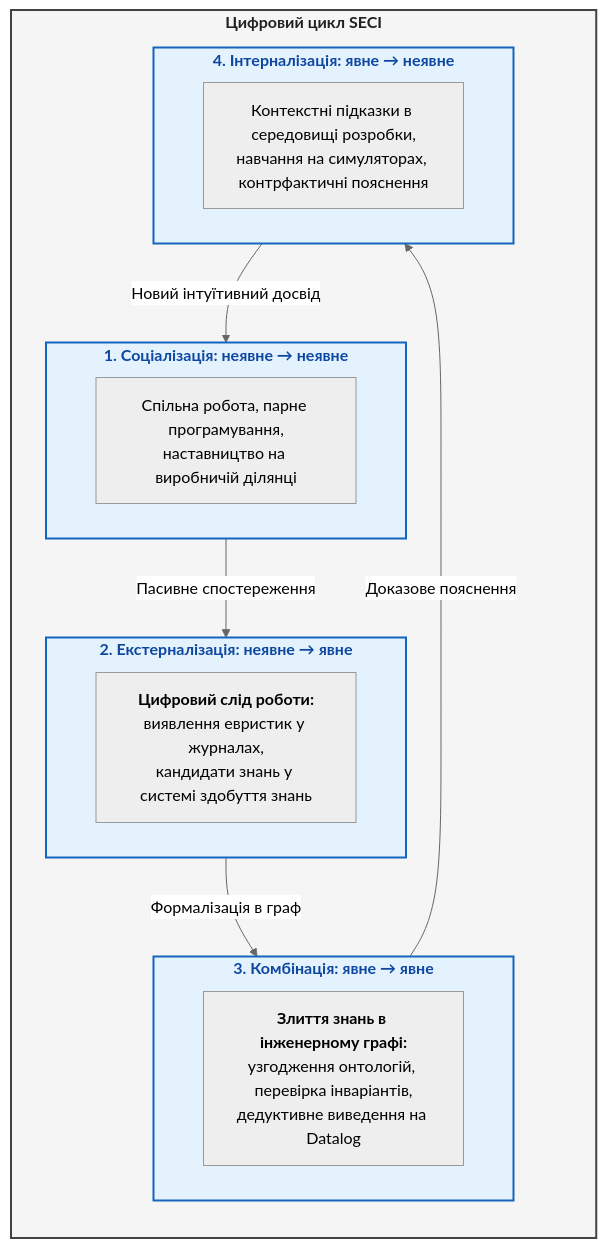
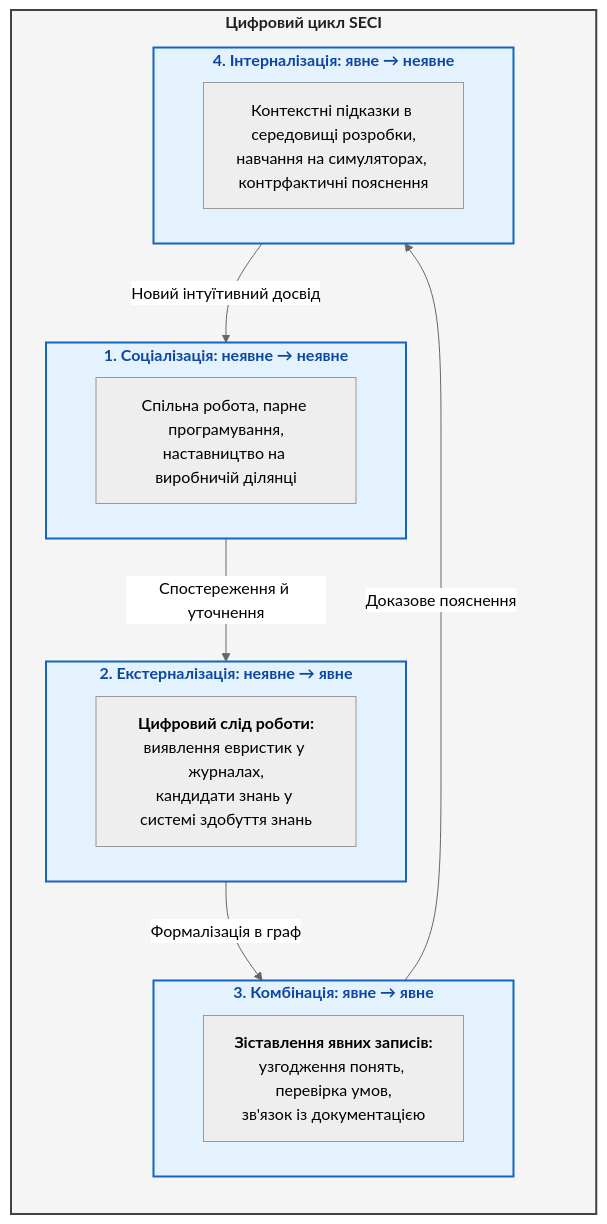
One commit to nick-fedchik/articles changed the seventh of 7 diagrams in ExpertSystem/ch11-knowledge-elicitation-from-experts.md. Above: the diagram before and after it, drawn with Mermaid (neutral theme). The commit also changed other lines of this file and 7 other files, not shown here.

````diff
--- a/ExpertSystem/ch11-knowledge-elicitation-from-experts.md
+++ b/ExpertSystem/ch11-knowledge-elicitation-from-experts.md
@@ -540,36 +720,36 @@
 ```mermaid
 flowchart TD
     accTitle: Модель SECI у сучасних експертних системах
     accDescr: Цикл перетворення знань між неявною та явною формами за участі цифрових інструментів.
 
     subgraph SECI["<b>Цифровий цикл SECI</b>"]
         direction TB
 
         subgraph S_Box["<b>1. Соціалізація: неявне → неявне</b>"]
             S_TXT["Спільна робота, парне програмування,<br/>наставництво на виробничій ділянці"]
         end
 
         subgraph E_Box["<b>2. Екстерналізація: неявне → явне</b>"]
             E_TXT["<b>Цифровий слід роботи:</b><br/>виявлення евристик у журналах,<br/>кандидати знань у системі здобуття знань"]
         end
 
         subgraph C_Box["<b>3. Комбінація: явне → явне</b>"]
-            C_TXT["<b>Злиття знань в інженерному графі:</b><br/>узгодження онтологій, перевірка інваріантів,<br/>дедуктивне виведення на Datalog"]
+            C_TXT["<b>Зіставлення явних записів:</b><br/>узгодження понять, перевірка умов,<br/>зв'язок із документацією"]
         end
 
         subgraph I_Box["<b>4. Інтерналізація: явне → неявне</b>"]
             I_TXT["Контекстні підказки в середовищі розробки,<br/>навчання на симуляторах, контрфактичні пояснення"]
         end
 
-        S_Box -->|"Пасивне спостереження"| E_Box
+        S_Box -->|"Спостереження й уточнення"| E_Box
         E_Box -->|"Формалізація в граф"| C_Box
         C_Box -->|"Доказове пояснення"| I_Box
         I_Box -->|"Новий інтуїтивний досвід"| S_Box
     end
 
     classDef box fill:#f5f5f5,stroke:#424242,stroke-width:2px,color:#212121;
     classDef step fill:#e3f2fd,stroke:#1565c0,stroke-width:2px,color:#0d47a1;
 
     class SECI box;
     class S_Box,E_Box,C_Box,I_Box step;
 ```
````
